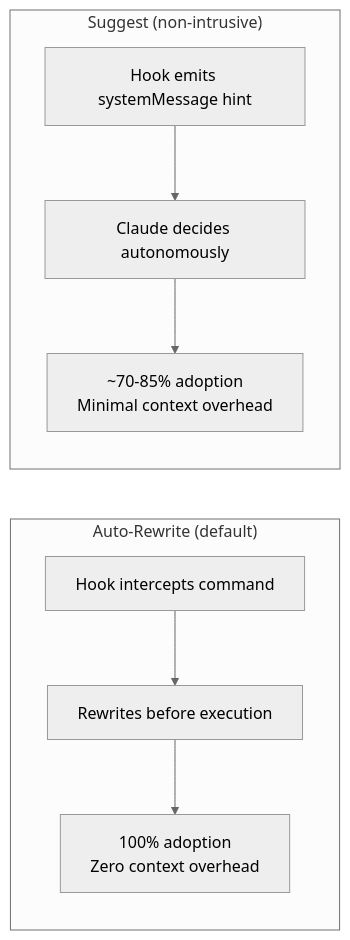
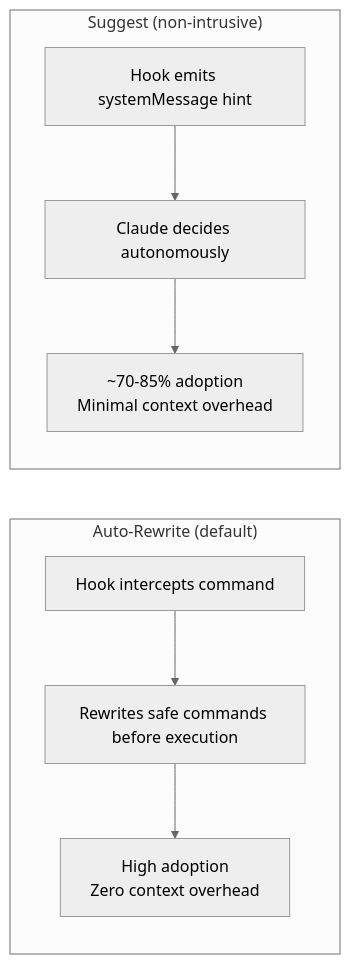
Before and after one commit to basidiocarp/mycelium: the third of 16 diagrams in docs/ARCHITECTURE.md, drawn with Mermaid (neutral theme). The commit also changed other lines of this file and 56 other files, not shown here.

````diff
--- a/docs/ARCHITECTURE.md
+++ b/docs/ARCHITECTURE.md
@@ -95,11 +95,11 @@
 ```mermaid
 flowchart LR
     subgraph AR["Auto-Rewrite (default)"]
-        A1["Hook intercepts command"] --> A2["Rewrites before execution"]
-        A2 --> A3["100% adoption\nZero context overhead"]
+        A1["Hook intercepts command"] --> A2["Rewrites safe commands before execution"]
+        A2 --> A3["High adoption\nZero context overhead"]
     end
     subgraph SG["Suggest (non-intrusive)"]
         S1["Hook emits systemMessage hint"] --> S2["Claude decides autonomously"]
         S2 --> S3["~70-85% adoption\nMinimal context overhead"]
     end
 ```
````
